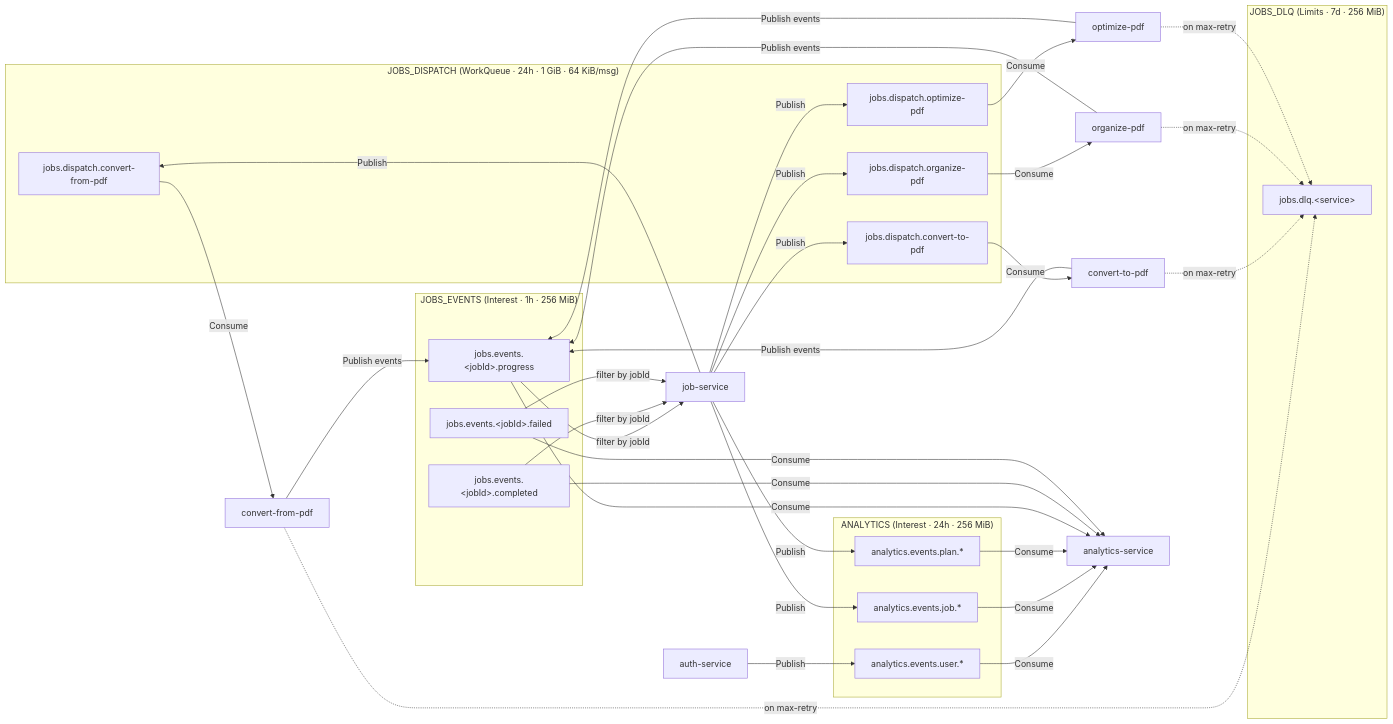
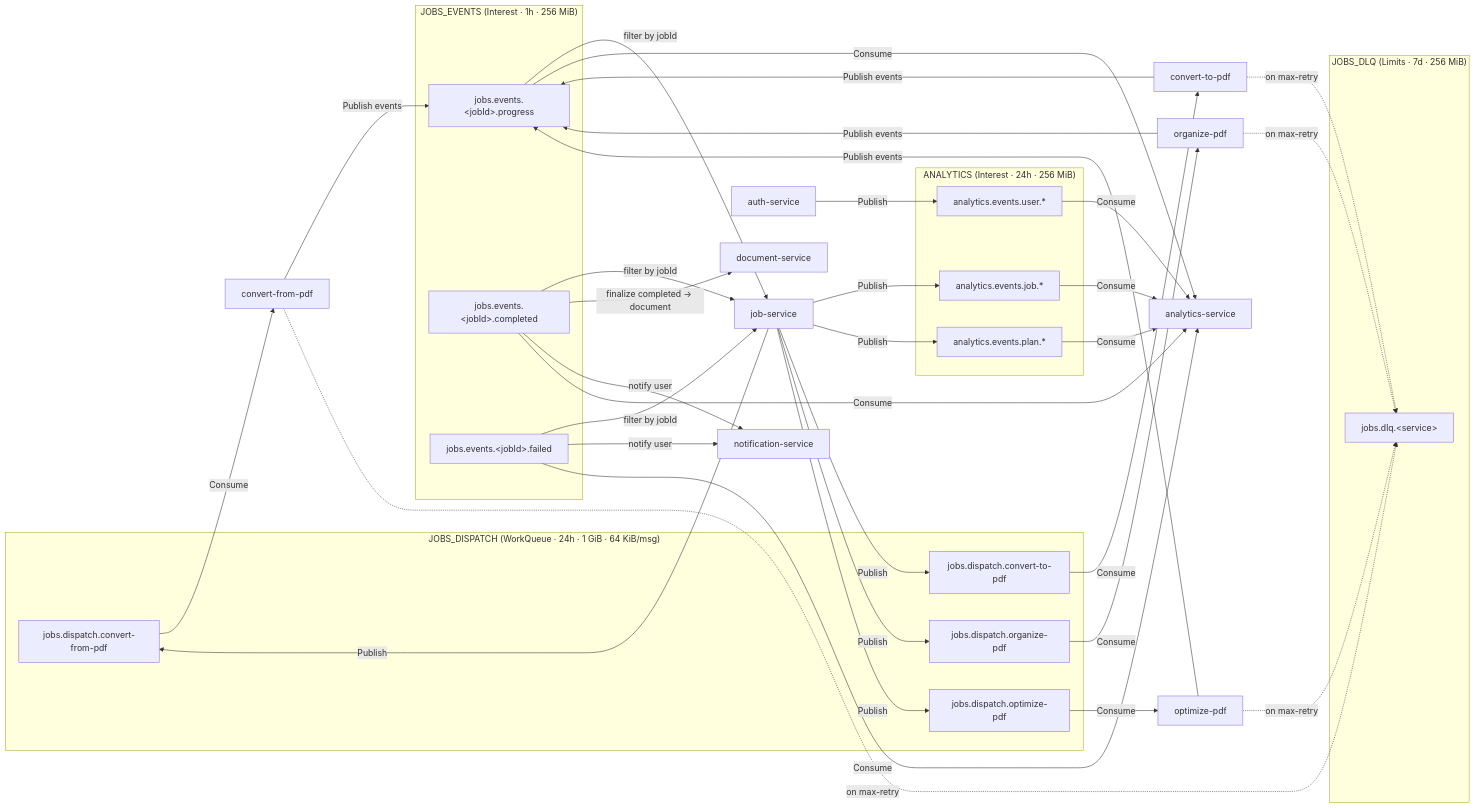
Before and after one commit to Prachidubey2003/fyredocs_backend: the third of 5 diagrams in docs/developer/mermaid/system-overview.md, drawn with Mermaid. The commit also changed other lines of this file and 25 other files, not shown here.

````diff
--- a/docs/developer/mermaid/system-overview.md
+++ b/docs/developer/mermaid/system-overview.md
@@ -134,58 +151,61 @@
 ```mermaid
 graph LR
     subgraph JOBS_DISPATCH["JOBS_DISPATCH (WorkQueue · 24h · 1 GiB · 64 KiB/msg)"]
         D1["jobs.dispatch.convert-from-pdf"]
         D2["jobs.dispatch.convert-to-pdf"]
         D3["jobs.dispatch.organize-pdf"]
         D4["jobs.dispatch.optimize-pdf"]
     end
 
     subgraph JOBS_EVENTS["JOBS_EVENTS (Interest · 1h · 256 MiB)"]
         E1["jobs.events.&lt;jobId&gt;.progress"]
         E2["jobs.events.&lt;jobId&gt;.completed"]
         E3["jobs.events.&lt;jobId&gt;.failed"]
     end
 
     subgraph JOBS_DLQ["JOBS_DLQ (Limits · 7d · 256 MiB)"]
         Q1["jobs.dlq.&lt;service&gt;"]
     end
 
     subgraph ANALYTICS_STREAM["ANALYTICS (Interest · 24h · 256 MiB)"]
         A1["analytics.events.user.*"]
         A2["analytics.events.job.*"]
         A3["analytics.events.plan.*"]
     end
 
     JS[job-service] -->|Publish| D1
     JS -->|Publish| D2
     JS -->|Publish| D3
     JS -->|Publish| D4
 
     D1 -->|Consume| CFP[convert-from-pdf]
     D2 -->|Consume| CTP[convert-to-pdf]
     D3 -->|Consume| ORG[organize-pdf]
     D4 -->|Consume| OPT[optimize-pdf]
 
     CFP -->|Publish events| E1
     CTP -->|Publish events| E1
     ORG -->|Publish events| E1
     OPT -->|Publish events| E1
     E1 -->|filter by jobId| JS
     E2 -->|filter by jobId| JS
     E3 -->|filter by jobId| JS
+    E2 -->|finalize completed → document| DOC2[document-service]
+    E2 -->|notify user| NOT2[notification-service]
+    E3 -->|notify user| NOT2
 
     CFP -.->|on max-retry| Q1
     CTP -.->|on max-retry| Q1
     ORG -.->|on max-retry| Q1
     OPT -.->|on max-retry| Q1
 
     AUTH2[auth-service] -->|Publish| A1
     JS -->|Publish| A2
     JS -->|Publish| A3
     A1 -->|Consume| AN[analytics-service]
     A2 -->|Consume| AN
     A3 -->|Consume| AN
     E1 -->|Consume| AN
     E2 -->|Consume| AN
     E3 -->|Consume| AN
 ```
````
